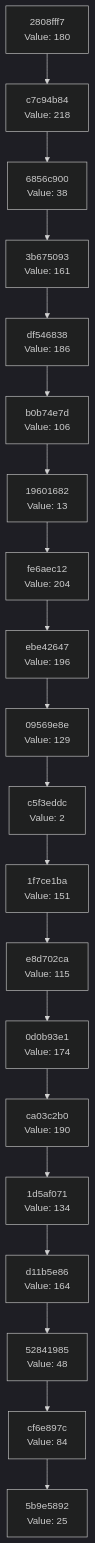
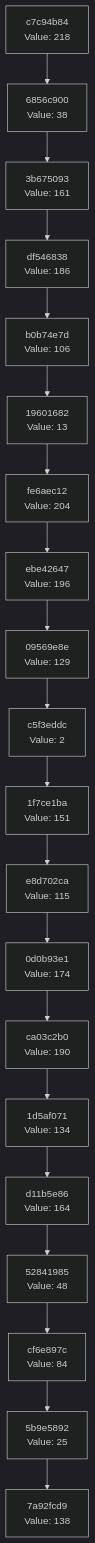
The diagram in docs/CHAIN_VISUALIZATION.md (Abhisheksinha1506/hash-chain-evolver), drawn with Mermaid (dark theme) before and after one commit. The commit also changed 3 other files, not shown here.

````diff
--- a/docs/CHAIN_VISUALIZATION.md
+++ b/docs/CHAIN_VISUALIZATION.md
@@ -3,42 +3,42 @@
 ```mermaid
 graph TD
-    C0["5b9e5892<br/>Value: 25"]
-    C1["cf6e897c<br/>Value: 84"]
+    C0["7a92fcd9<br/>Value: 138"]
+    C1["5b9e5892<br/>Value: 25"]
     C1 --> C0
-    C2["52841985<br/>Value: 48"]
+    C2["cf6e897c<br/>Value: 84"]
     C2 --> C1
-    C3["d11b5e86<br/>Value: 164"]
+    C3["52841985<br/>Value: 48"]
     C3 --> C2
-    C4["1d5af071<br/>Value: 134"]
+    C4["d11b5e86<br/>Value: 164"]
     C4 --> C3
-    C5["ca03c2b0<br/>Value: 190"]
+    C5["1d5af071<br/>Value: 134"]
     C5 --> C4
-    C6["0d0b93e1<br/>Value: 174"]
+    C6["ca03c2b0<br/>Value: 190"]
     C6 --> C5
-    C7["e8d702ca<br/>Value: 115"]
+    C7["0d0b93e1<br/>Value: 174"]
     C7 --> C6
-    C8["1f7ce1ba<br/>Value: 151"]
+    C8["e8d702ca<br/>Value: 115"]
     C8 --> C7
-    C9["c5f3eddc<br/>Value: 2"]
+    C9["1f7ce1ba<br/>Value: 151"]
     C9 --> C8
-    C10["09569e8e<br/>Value: 129"]
+    C10["c5f3eddc<br/>Value: 2"]
     C10 --> C9
-    C11["ebe42647<br/>Value: 196"]
+    C11["09569e8e<br/>Value: 129"]
     C11 --> C10
-    C12["fe6aec12<br/>Value: 204"]
+    C12["ebe42647<br/>Value: 196"]
     C12 --> C11
-    C13["19601682<br/>Value: 13"]
+    C13["fe6aec12<br/>Value: 204"]
     C13 --> C12
-    C14["b0b74e7d<br/>Value: 106"]
+    C14["19601682<br/>Value: 13"]
     C14 --> C13
-    C15["df546838<br/>Value: 186"]
+    C15["b0b74e7d<br/>Value: 106"]
     C15 --> C14
-    C16["3b675093<br/>Value: 161"]
+    C16["df546838<br/>Value: 186"]
     C16 --> C15
-    C17["6856c900<br/>Value: 38"]
+    C17["3b675093<br/>Value: 161"]
     C17 --> C16
-    C18["c7c94b84<br/>Value: 218"]
+    C18["6856c900<br/>Value: 38"]
     C18 --> C17
-    C19["2808fff7<br/>Value: 180"]
+    C19["c7c94b84<br/>Value: 218"]
     C19 --> C18
 ```
````
